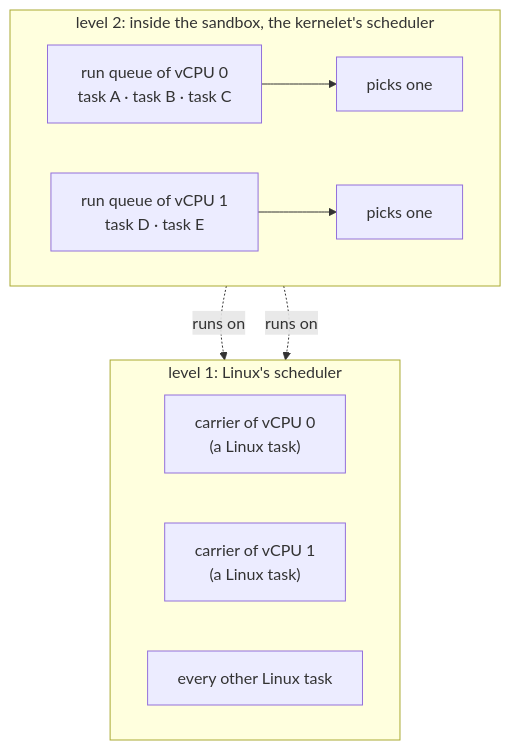
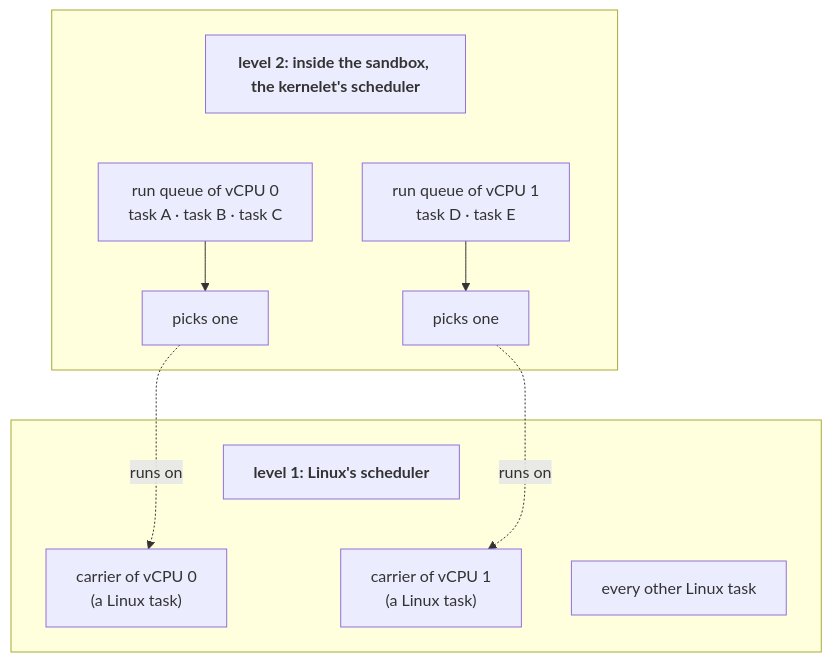
One commit to Plucky923/kernelet changed the diagram in src/tasks-and-virtual-cpus.md. Above: the diagram before and after it, drawn with Mermaid. The commit also changed other lines of this file and 33 other files, not shown here.

````diff
--- a/src/tasks-and-virtual-cpus.md
+++ b/src/tasks-and-virtual-cpus.md
@@ -9,16 +9,21 @@
 ```mermaid
 flowchart TB
-    subgraph K["level 2: inside the sandbox, the kernelet's scheduler"]
-        direction LR
+    subgraph K[" "]
+        k0["<b>level 2: inside the sandbox, the kernelet's scheduler</b>"] ~~~ rq0
+        k0 ~~~ rq1
         rq0["run queue of vCPU 0<br/>task A · task B · task C"] --> pick0["picks one"]
         rq1["run queue of vCPU 1<br/>task D · task E"] --> pick1["picks one"]
     end
-    subgraph L["level 1: Linux's scheduler"]
-        direction LR
+    subgraph L[" "]
+        l0["<b>level 1: Linux's scheduler</b>"] ~~~ c0
+        l0 ~~~ c1
+        l0 ~~~ o
         c0["carrier of vCPU 0<br/>(a Linux task)"]
         c1["carrier of vCPU 1<br/>(a Linux task)"]
         o["every other Linux task"]
     end
+    pick0 ~~~ l0
+    pick1 ~~~ l0
     pick0 -. runs on .-> c0
     pick1 -. runs on .-> c1
 ```
````
